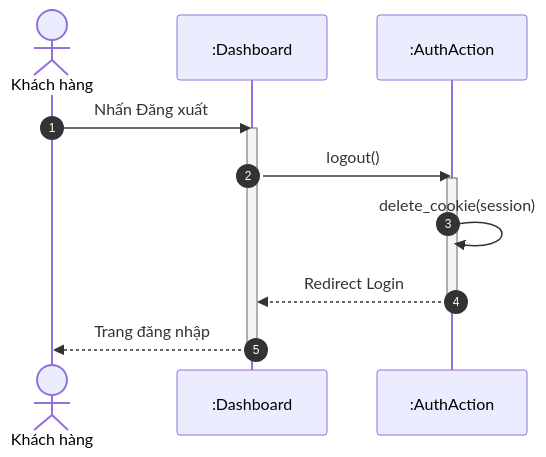
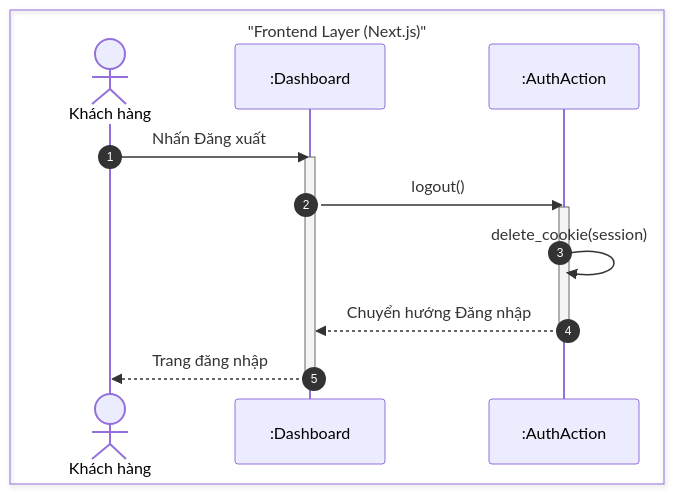
The eighth of 8 diagrams in docs/design/sequences/authentication.md (ngoctinn/Synapse), drawn with Mermaid before and after one commit. The commit also changed other lines of this file and 4 other files, not shown here.

Commit message:
docs: Add initial sequence diagrams for authentication, customer, technician, receptionist, and admin flows.

````diff
--- a/docs/design/sequences/authentication.md
+++ b/docs/design/sequences/authentication.md
@@ -371,19 +406,21 @@
 ```mermaid
 sequenceDiagram
     autonumber
-    actor KH as Khách hàng
-    participant UI as :Dashboard
-    participant BFF as :AuthAction
+    box "Frontend Layer (Next.js)"
+        actor KH as Khách hàng
+        participant UI as :Dashboard
+        participant BFF as :AuthAction
+    end
 
     KH->>UI: Nhấn Đăng xuất
     activate UI
     UI->>BFF: logout()
     activate BFF
 
     BFF->>BFF: delete_cookie(session)
-    BFF-->>UI: Redirect Login
+    BFF-->>UI: Chuyển hướng Đăng nhập
     deactivate BFF
 
     UI-->>KH: Trang đăng nhập
     deactivate UI
 ```
````
